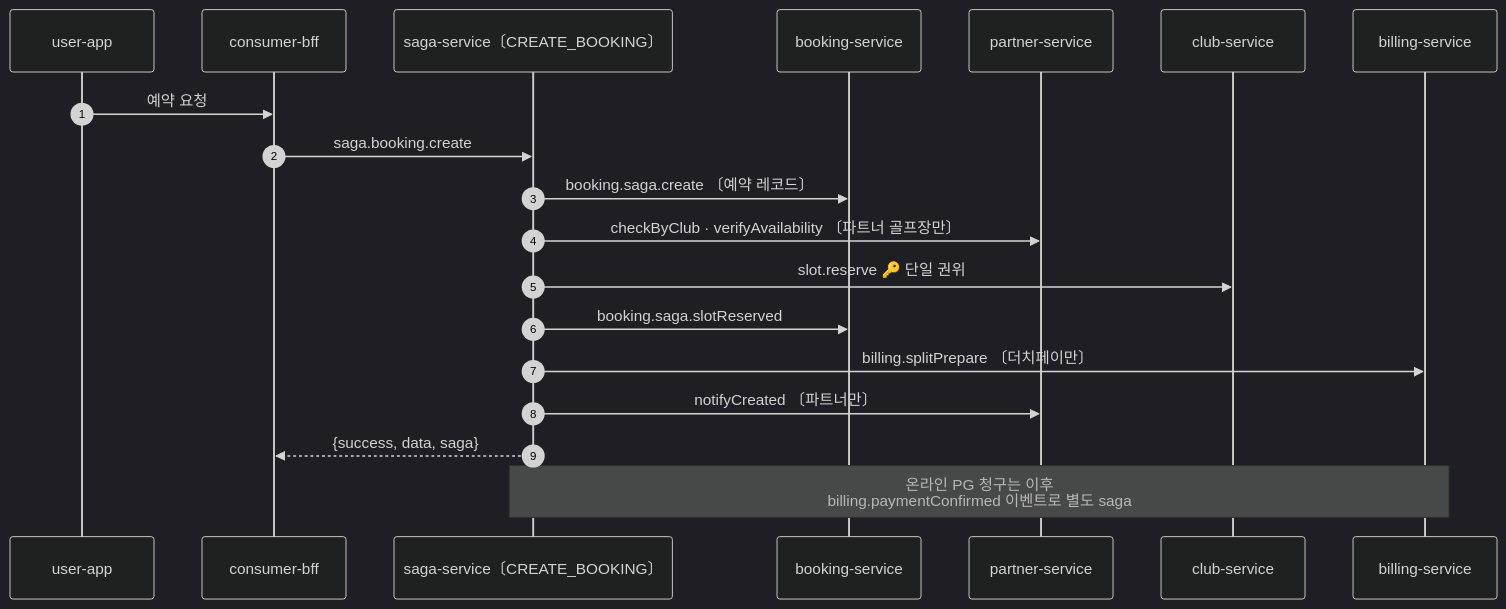
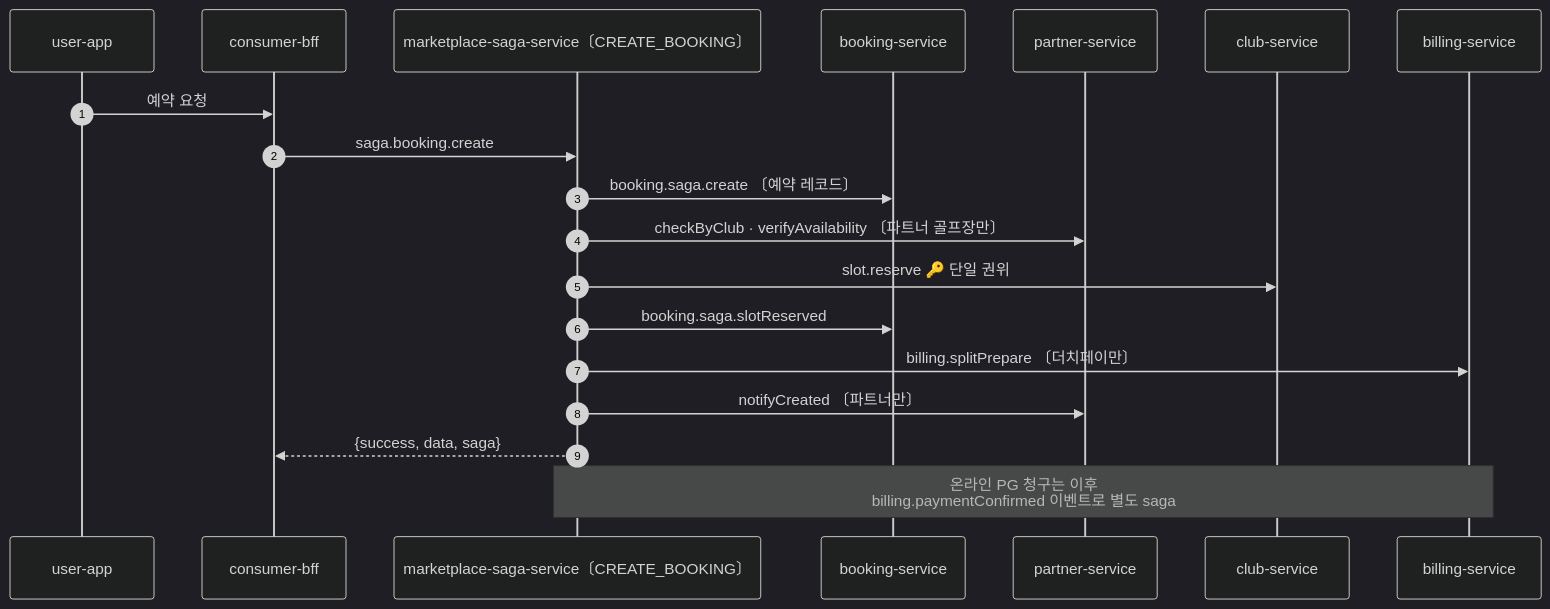
Before and after one commit to uniyous/parkgolf-platform: the sixth of 10 diagrams in docs/architecture/erp-booking-split.md, drawn with Mermaid (dark theme). The commit also changed other lines of this file and 70 other files, not shown here.

First line of the commit message:
refactor(saga): saga-service → marketplace-saga-service 리네임 (UNI-127)

````diff
--- a/docs/architecture/erp-booking-split.md
+++ b/docs/architecture/erp-booking-split.md
@@ -381,22 +383,22 @@
 ```mermaid
 sequenceDiagram
     autonumber
     participant U as user-app
     participant CB as consumer-bff
-    participant SG as saga-service〔CREATE_BOOKING〕
+    participant SG as marketplace-saga-service〔CREATE_BOOKING〕
     participant BK as booking-service
     participant PT as partner-service
     participant CL as club-service
     participant BL as billing-service
 
     U->>CB: 예약 요청
     CB->>SG: saga.booking.create
     SG->>BK: booking.saga.create 〔예약 레코드〕
     SG->>PT: checkByClub · verifyAvailability 〔파트너 골프장만〕
     SG->>CL: slot.reserve 🔑 단일 권위
     SG->>BK: booking.saga.slotReserved
     SG->>BL: billing.splitPrepare 〔더치페이만〕
     SG->>PT: notifyCreated 〔파트너만〕
     SG-->>CB: {success, data, saga}
     Note over BL,SG: 온라인 PG 청구는 이후<br/>billing.paymentConfirmed 이벤트로 별도 saga
 ```
````
